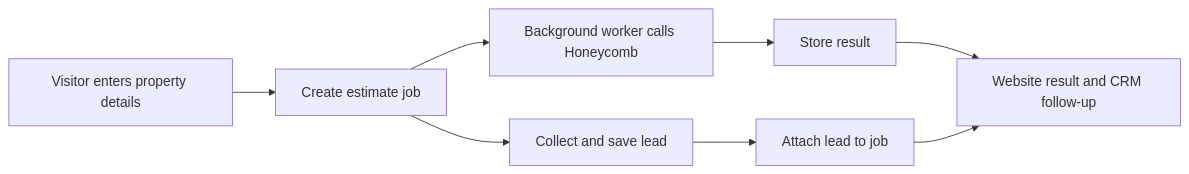
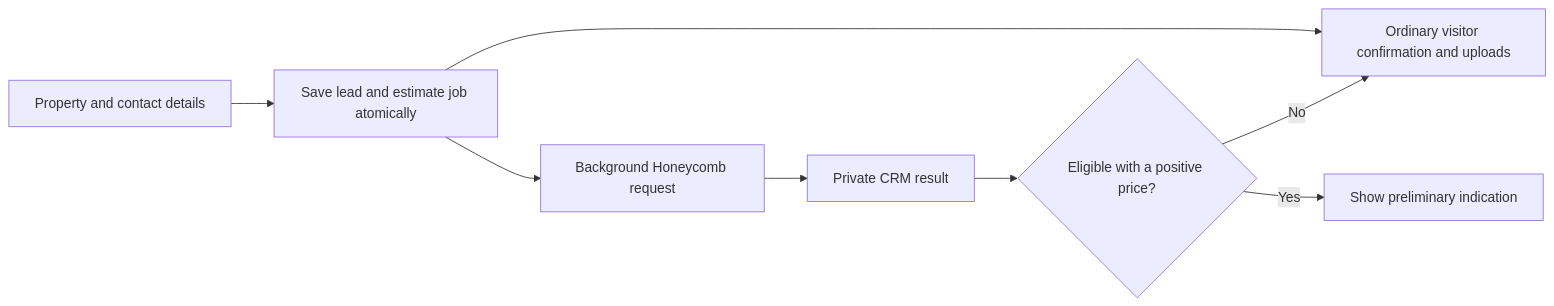
Before and after one commit to HOAInsuranceAgency/HOAInsuranceAgency: the diagram in docs/specs/honeycomb-integration.md, drawn with Mermaid. The commit also changed other lines of this file and 22 other files, not shown here.

````diff
--- a/docs/specs/honeycomb-integration.md
+++ b/docs/specs/honeycomb-integration.md
@@ -49,10 +101,10 @@
 ```mermaid
 flowchart LR
-  A[Visitor enters property details] --> B[Create estimate job]
-  B --> C[Background worker calls Honeycomb]
-  B --> D[Collect and save lead]
-  C --> E[Store result]
-  D --> F[Attach lead to job]
-  E --> G[Website result and CRM follow-up]
-  F --> G
+  A[Property and contact details] --> B[Save lead and estimate job atomically]
+  B --> C[Ordinary visitor confirmation and uploads]
+  B --> D[Background Honeycomb request]
+  D --> E[Private CRM result]
+  E --> F{Eligible with a positive price?}
+  F -->|Yes| G[Show preliminary indication]
+  F -->|No| C
 ```
````
